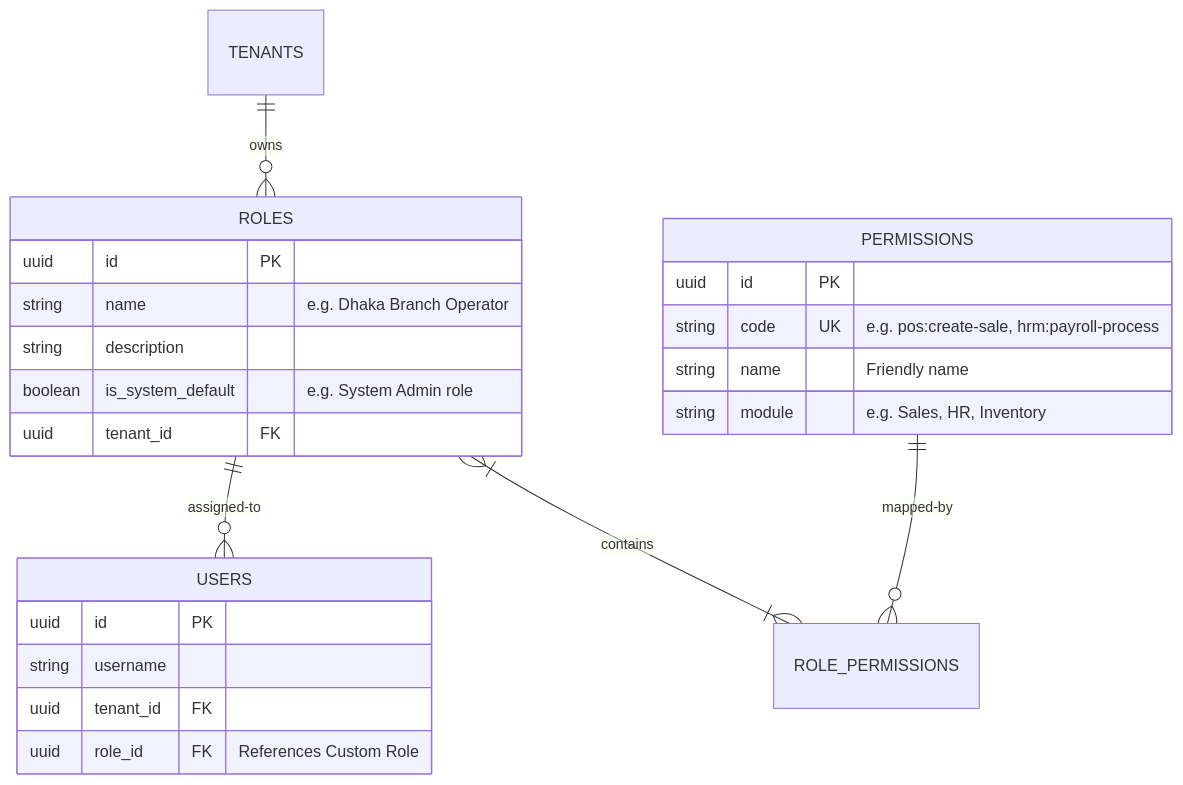
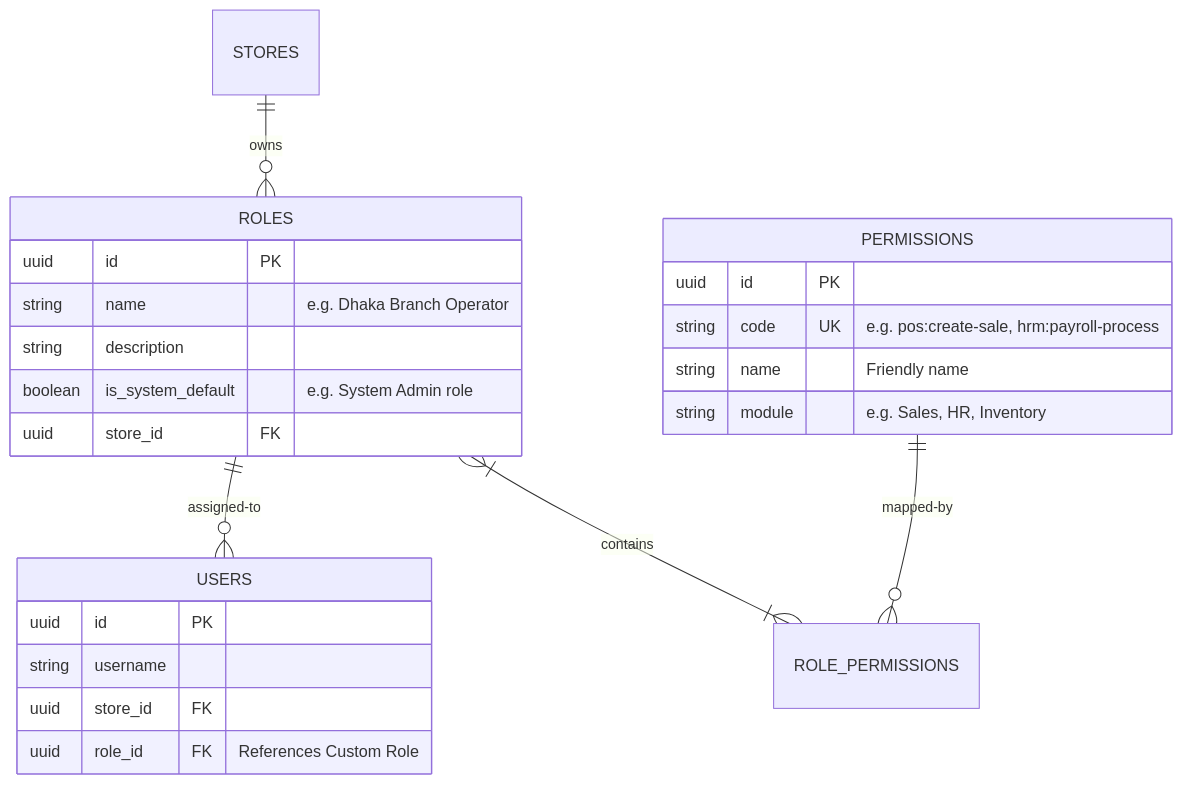
Before and after one commit to gowtamkumar/eCommerce-multi-store-saas-erp: the diagram in doc/developer/dynamic_role_permissions_overview.md, drawn with Mermaid. The commit also changed other lines of this file and 764 other files, not shown here.

````diff
--- a/doc/developer/dynamic_role_permissions_overview.md
+++ b/doc/developer/dynamic_role_permissions_overview.md
@@ -13,29 +13,29 @@
 ```mermaid
 erDiagram
-    TENANTS ||--o{ ROLES : owns
+    STORES ||--o{ ROLES : owns
     ROLES ||--o{ USERS : assigned-to
     ROLES }|--|{ ROLE_PERMISSIONS : contains
     PERMISSIONS ||--o{ ROLE_PERMISSIONS : mapped-by
 
     USERS {
         uuid id PK
         string username
-        uuid tenant_id FK
+        uuid store_id FK
         uuid role_id FK "References Custom Role"
     }
 
     ROLES {
         uuid id PK
         string name "e.g. Dhaka Branch Operator"
         string description
         boolean is_system_default "e.g. System Admin role"
-        uuid tenant_id FK
+        uuid store_id FK
     }
 
     PERMISSIONS {
         uuid id PK
         string code UK "e.g. pos:create-sale, hrm:payroll-process"
         string name "Friendly name"
         string module "e.g. Sales, HR, Inventory"
     }
 ```
````
